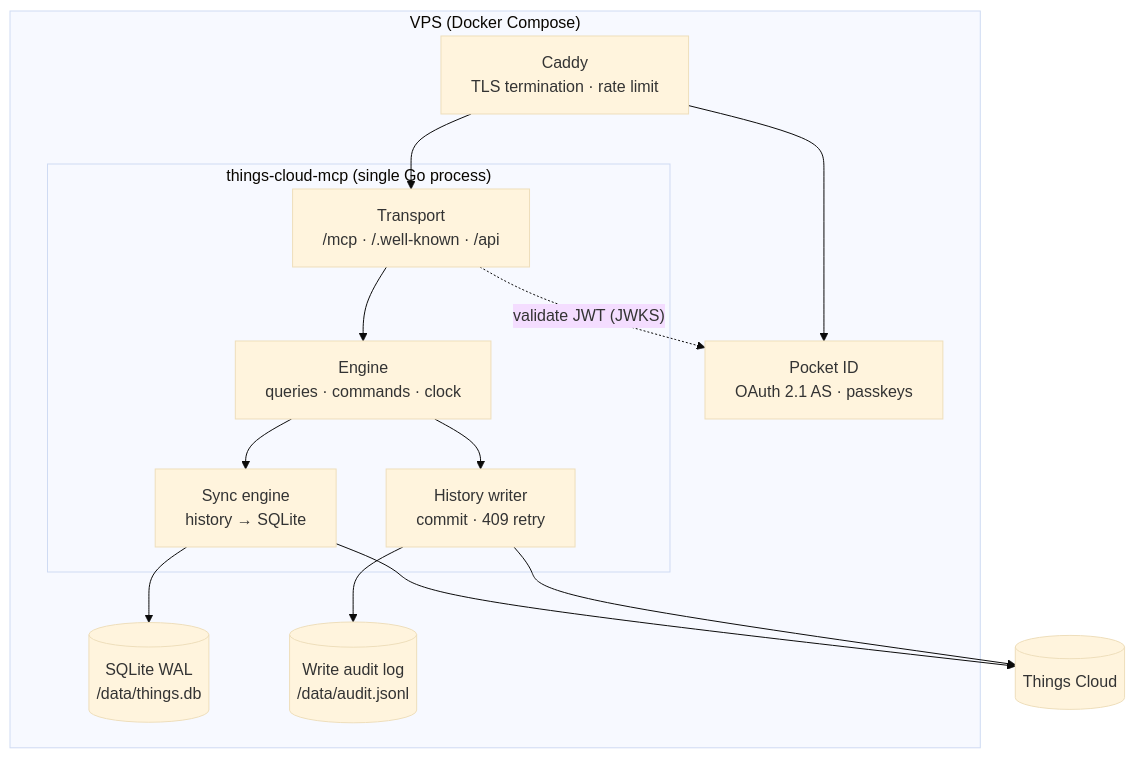
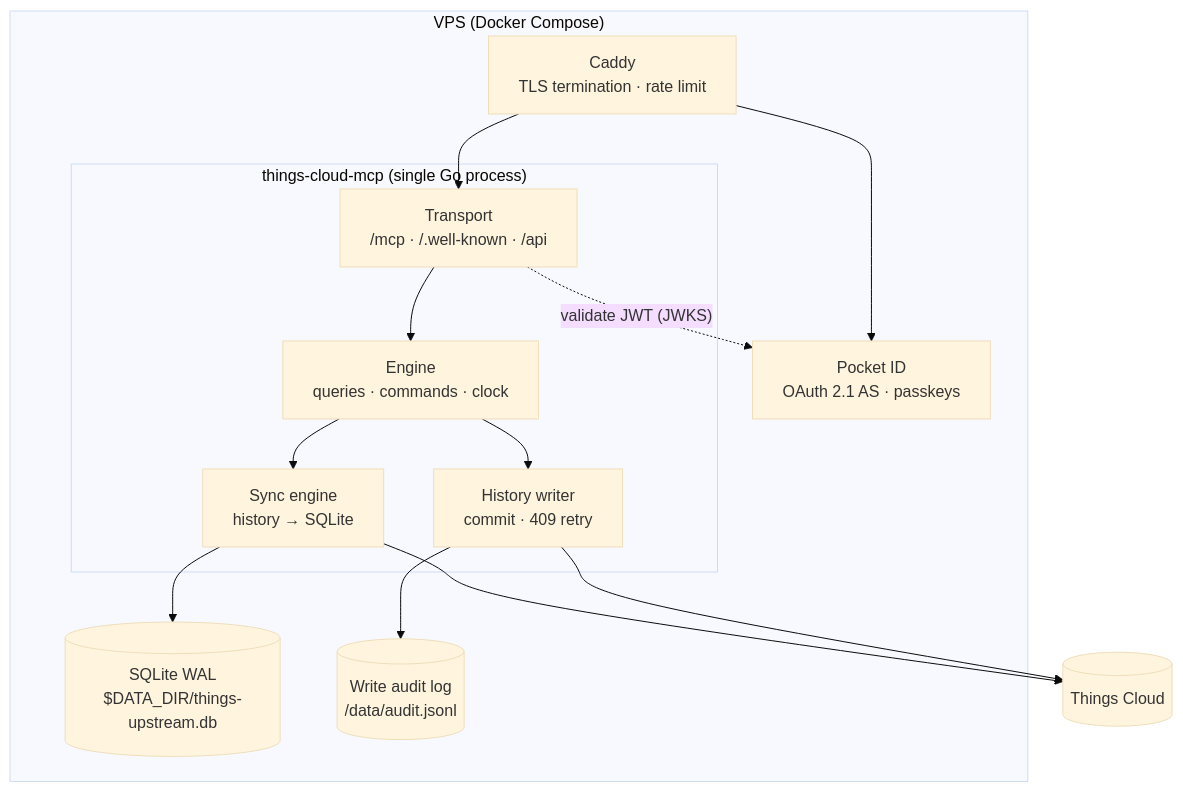
One commit to pachamaker/things-cloud-mcp changed the second of 6 diagrams in docs/architecture.md. Above: the diagram before and after it, drawn with Mermaid (base theme). The commit also changed other lines of this file and 10 other files, not shown here.

````diff
--- a/docs/architecture.md
+++ b/docs/architecture.md
@@ -52,25 +53,25 @@
 ```mermaid
 flowchart TB
   subgraph Host["VPS (Docker Compose)"]
     proxy[Caddy<br/>TLS termination · rate limit]
     idp[Pocket ID<br/>OAuth 2.1 AS · passkeys]
     subgraph App["things-cloud-mcp (single Go process)"]
       transport[Transport<br/>/mcp · /.well-known · /api]
       engine[Engine<br/>queries · commands · clock]
       syncer[Sync engine<br/>history → SQLite]
       writer[History writer<br/>commit · 409 retry]
     end
-    db[(SQLite WAL<br/>/data/things.db)]
+    db[(SQLite WAL<br/>$DATA_DIR/things-upstream.db)]
     audit[(Write audit log<br/>/data/audit.jsonl)]
   end
   cloud[(Things Cloud)]
 
   proxy --> transport --> engine
   proxy --> idp
   transport -. "validate JWT (JWKS)" .-> idp
   engine --> syncer --> db
   engine --> writer
   writer --> audit
   syncer --> cloud
   writer --> cloud
 ```
````
